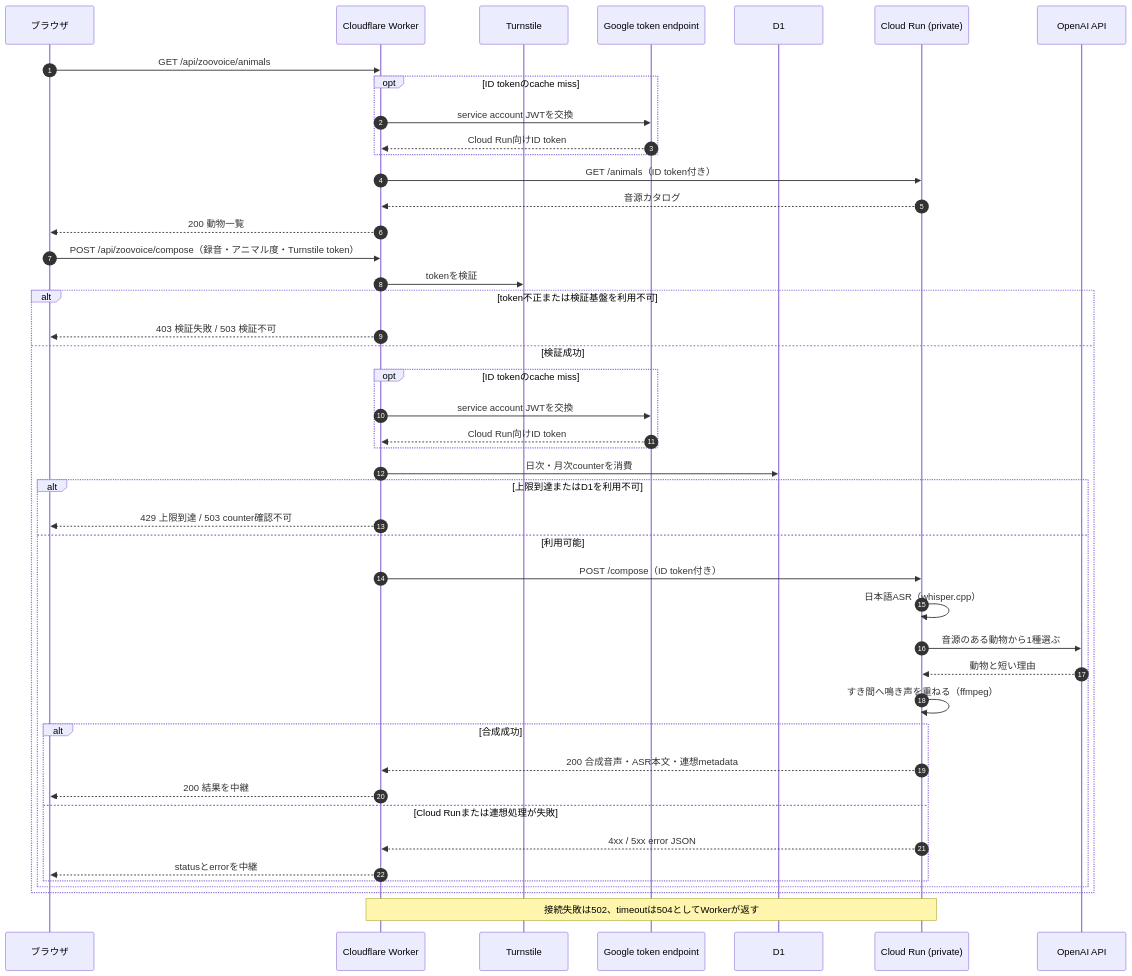
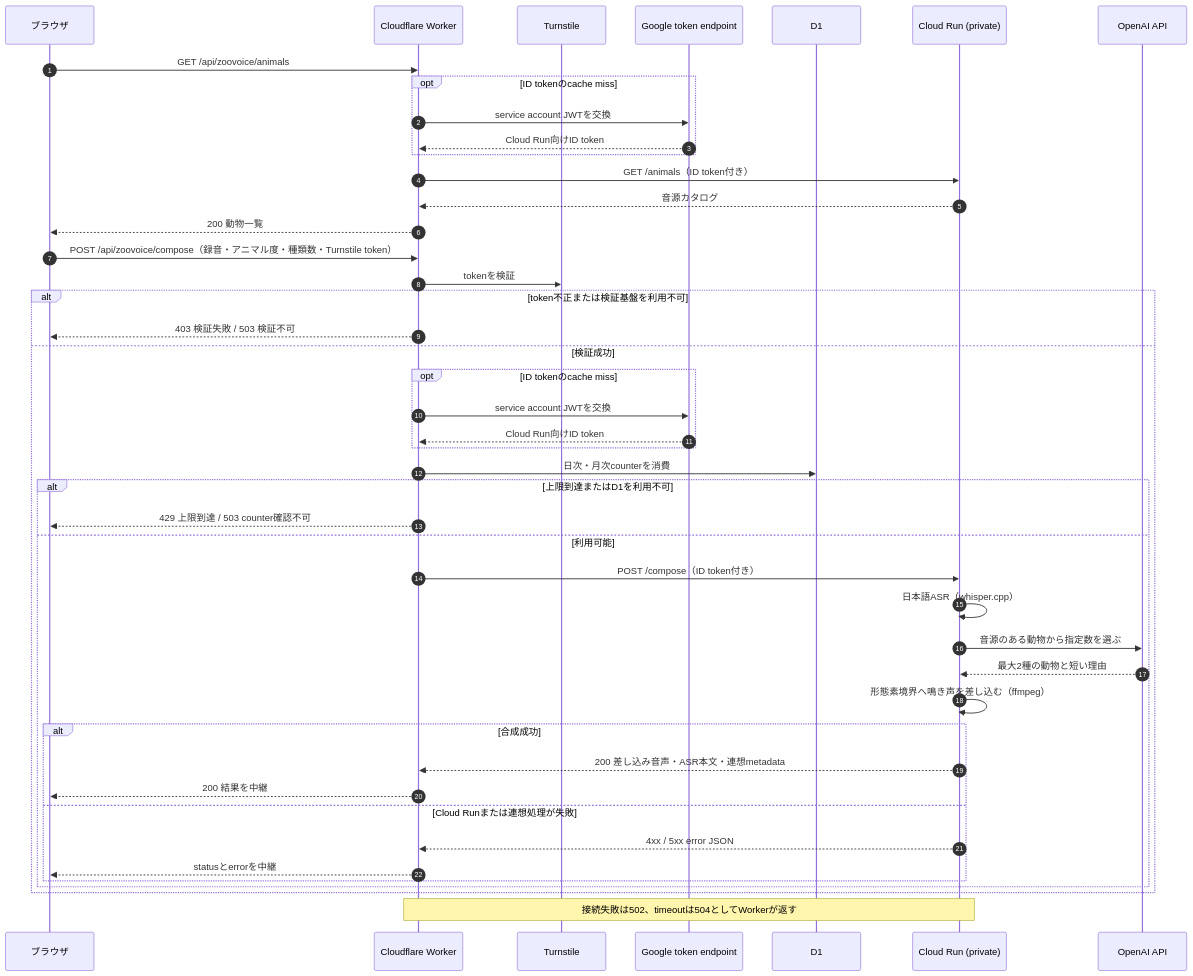
Before and after one commit to inakaegg/voice-lab: the diagram in docs/deployment/ARCHITECTURE.md, drawn with Mermaid. The commit also changed other lines of this file and 53 other files, not shown here.

````diff
--- a/docs/deployment/ARCHITECTURE.md
+++ b/docs/deployment/ARCHITECTURE.md
@@ -80,49 +81,49 @@
 ```mermaid
 sequenceDiagram
     autonumber
     participant B as ブラウザ
     participant W as Cloudflare Worker
     participant T as Turnstile
     participant I as Google token endpoint
     participant D as D1
     participant C as Cloud Run (private)
     participant O as OpenAI API
 
     B->>W: GET /api/zoovoice/animals
     opt ID tokenのcache miss
         W->>I: service account JWTを交換
         I-->>W: Cloud Run向けID token
     end
     W->>C: GET /animals（ID token付き）
     C-->>W: 音源カタログ
     W-->>B: 200 動物一覧
 
-    B->>W: POST /api/zoovoice/compose（録音・アニマル度・Turnstile token）
+    B->>W: POST /api/zoovoice/compose（録音・アニマル度・種類数・Turnstile token）
     W->>T: tokenを検証
     alt token不正または検証基盤を利用不可
         W-->>B: 403 検証失敗 / 503 検証不可
     else 検証成功
         opt ID tokenのcache miss
             W->>I: service account JWTを交換
             I-->>W: Cloud Run向けID token
         end
         W->>D: 日次・月次counterを消費
         alt 上限到達またはD1を利用不可
             W-->>B: 429 上限到達 / 503 counter確認不可
         else 利用可能
             W->>C: POST /compose（ID token付き）
             C->>C: 日本語ASR（whisper.cpp）
-            C->>O: 音源のある動物から1種選ぶ
-            O-->>C: 動物と短い理由
-            C->>C: すき間へ鳴き声を重ねる（ffmpeg）
+            C->>O: 音源のある動物から指定数を選ぶ
+            O-->>C: 最大2種の動物と短い理由
+            C->>C: 形態素境界へ鳴き声を差し込む（ffmpeg）
             alt 合成成功
-                C-->>W: 200 合成音声・ASR本文・連想metadata
+                C-->>W: 200 差し込み音声・ASR本文・連想metadata
                 W-->>B: 200 結果を中継
             else Cloud Runまたは連想処理が失敗
                 C-->>W: 4xx / 5xx error JSON
                 W-->>B: statusとerrorを中継
             end
         end
     end
     Note over W,C: 接続失敗は502、timeoutは504としてWorkerが返す
 ```
````
